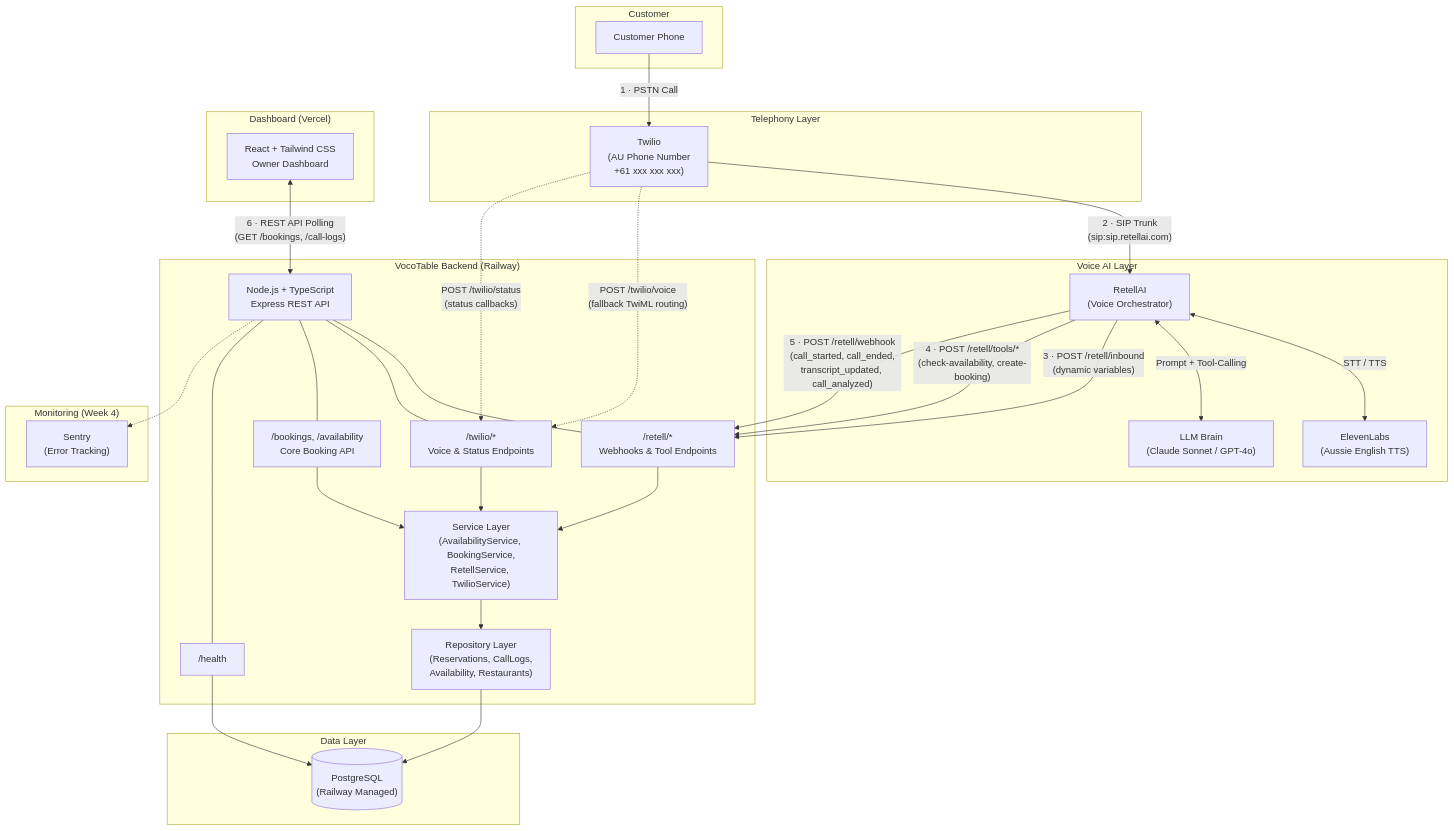
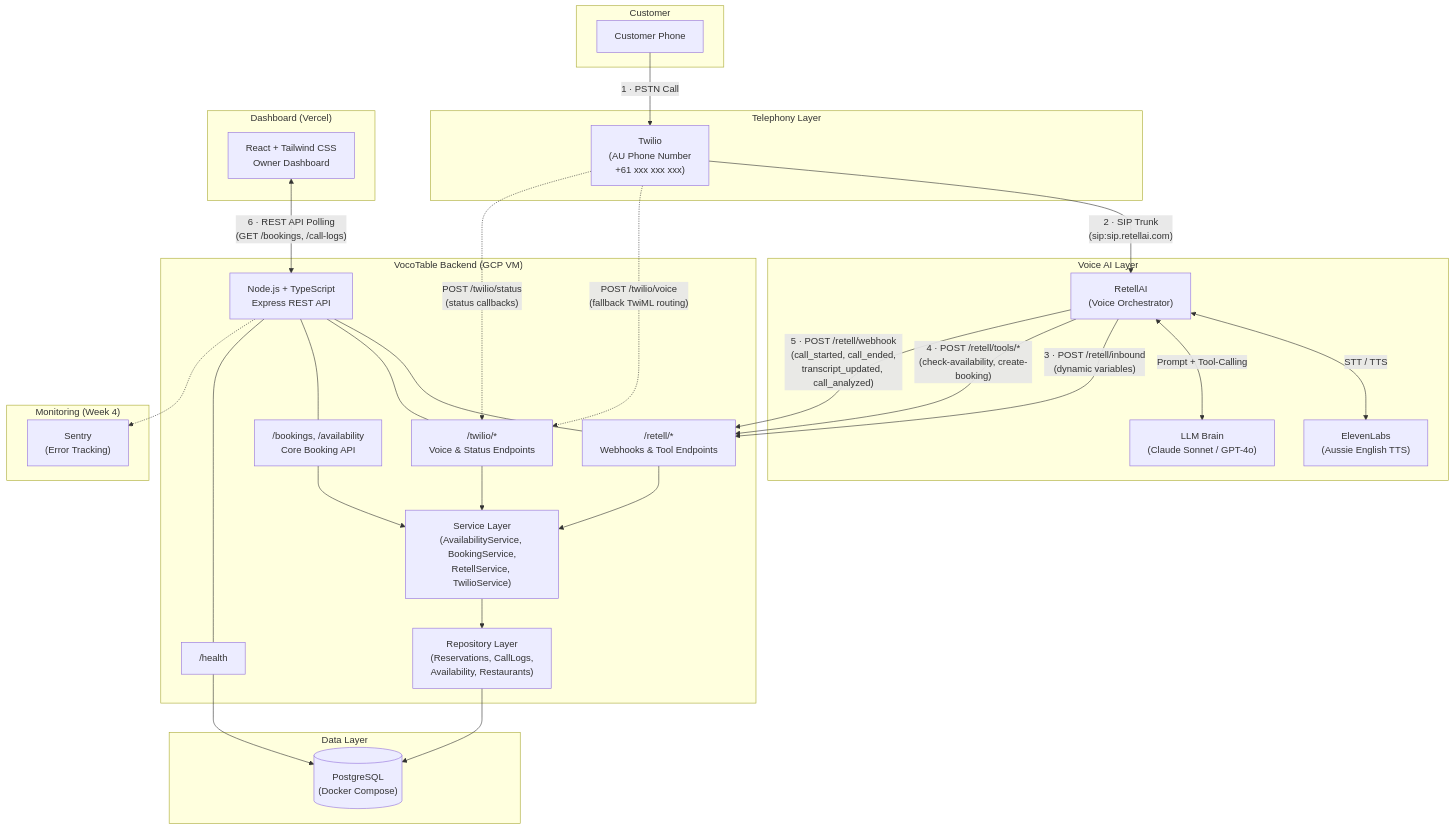
One commit to biteperk/voxtable changed the first of 5 diagrams in apps/backend/docs/architecture_diagram.md. Above: the diagram before and after it, drawn with Mermaid. The commit also changed other lines of this file and 14 other files, not shown here.

First line of the commit message:
feat: Add Nginx reverse proxy configuration for VocoTable API

````diff
--- a/apps/backend/docs/architecture_diagram.md
+++ b/apps/backend/docs/architecture_diagram.md
@@ -27,73 +27,73 @@
 ```mermaid
 graph TB
     subgraph CUSTOMER["Customer"]
         Caller["Customer Phone"]
     end
 
     subgraph TELEPHONY["Telephony Layer"]
         Twilio["Twilio<br/>(AU Phone Number<br/>+61 xxx xxx xxx)"]
     end
 
     subgraph VOICE_AI["Voice AI Layer"]
         RetellAI["RetellAI<br/>(Voice Orchestrator)"]
         ElevenLabs["ElevenLabs<br/>(Aussie English TTS)"]
         LLM["LLM Brain<br/>(Claude Sonnet / GPT-4o)"]
     end
 
-    subgraph VOCOTABLE_BACKEND["VocoTable Backend (Railway)"]
+    subgraph VOCOTABLE_BACKEND["VocoTable Backend (GCP VM)"]
         API["Node.js + TypeScript<br/>Express REST API"]
         RetellRoutes["/retell/*<br/>Webhooks & Tool Endpoints"]
         TwilioRoutes["/twilio/*<br/>Voice & Status Endpoints"]
         BookingRoutes["/bookings, /availability<br/>Core Booking API"]
         HealthRoute["/health"]
         Services["Service Layer<br/>(AvailabilityService, BookingService,<br/>RetellService, TwilioService)"]
         Repos["Repository Layer<br/>(Reservations, CallLogs,<br/>Availability, Restaurants)"]
     end
 
     subgraph DATA["Data Layer"]
-        Postgres[("PostgreSQL<br/>(Railway Managed)")]
+        Postgres[("PostgreSQL<br/>(Docker Compose)")]
     end
 
     subgraph FRONTEND["Dashboard (Vercel)"]
         Dashboard["React + Tailwind CSS<br/>Owner Dashboard"]
     end
 
     subgraph MONITORING["Monitoring (Week 4)"]
         Sentry["Sentry<br/>(Error Tracking)"]
     end
 
     %% ── Call Flow ──
     Caller -->|"1 · PSTN Call"| Twilio
     Twilio -->|"2 · SIP Trunk<br/>(sip:sip.retellai.com)"| RetellAI
 
     %% ── Voice AI Internals ──
     RetellAI <-->|"STT / TTS"| ElevenLabs
     RetellAI <-->|"Prompt + Tool-Calling"| LLM
 
     %% ── RetellAI → Backend ──
     RetellAI -->|"3 · POST /retell/inbound<br/>(dynamic variables)"| RetellRoutes
     RetellAI -->|"4 · POST /retell/tools/*<br/>(check-availability, create-booking)"| RetellRoutes
     RetellAI -->|"5 · POST /retell/webhook<br/>(call_started, call_ended,<br/>transcript_updated, call_analyzed)"| RetellRoutes
 
     %% ── Twilio → Backend ──
     Twilio -.->|"POST /twilio/voice<br/>(fallback TwiML routing)"| TwilioRoutes
     Twilio -.->|"POST /twilio/status<br/>(status callbacks)"| TwilioRoutes
 
     %% ── Internal Backend ──
     RetellRoutes --> Services
     TwilioRoutes --> Services
     BookingRoutes --> Services
     HealthRoute --> Postgres
     Services --> Repos
     Repos --> Postgres
     API --- RetellRoutes
     API --- TwilioRoutes
     API --- BookingRoutes
     API --- HealthRoute
 
     %% ── Dashboard ──
     Dashboard <-->|"6 · REST API Polling<br/>(GET /bookings, /call-logs)"| API
 
     %% ── Monitoring ──
     API -.-> Sentry
 ```
````
